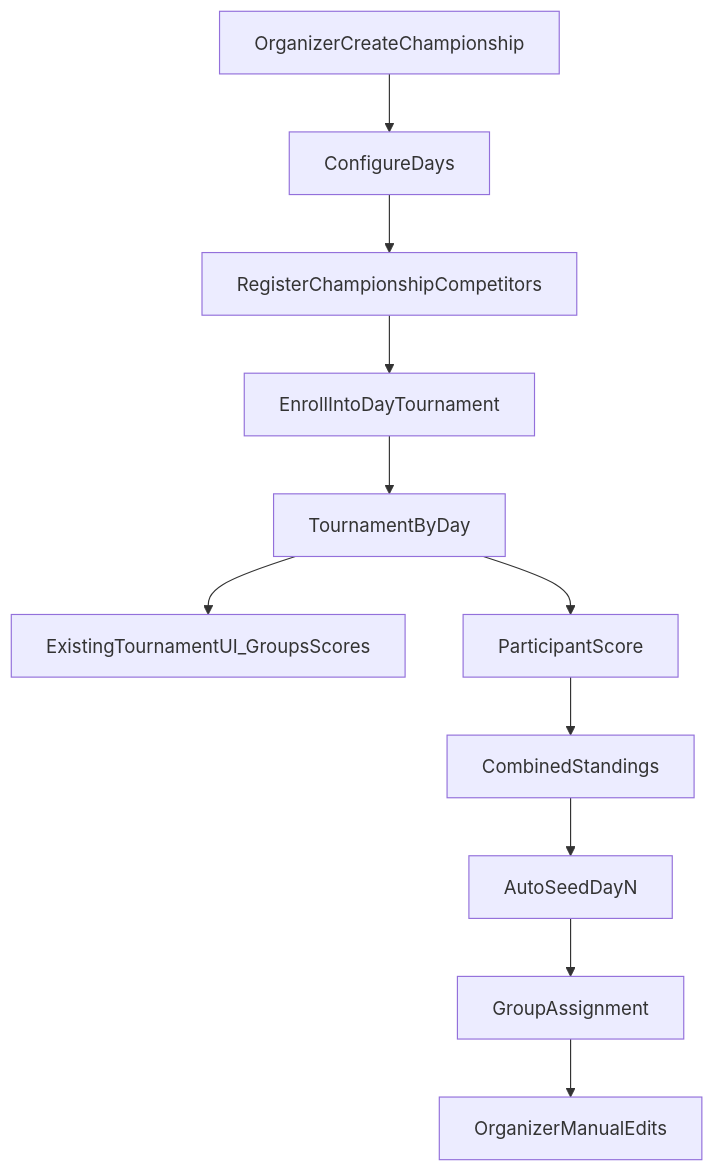
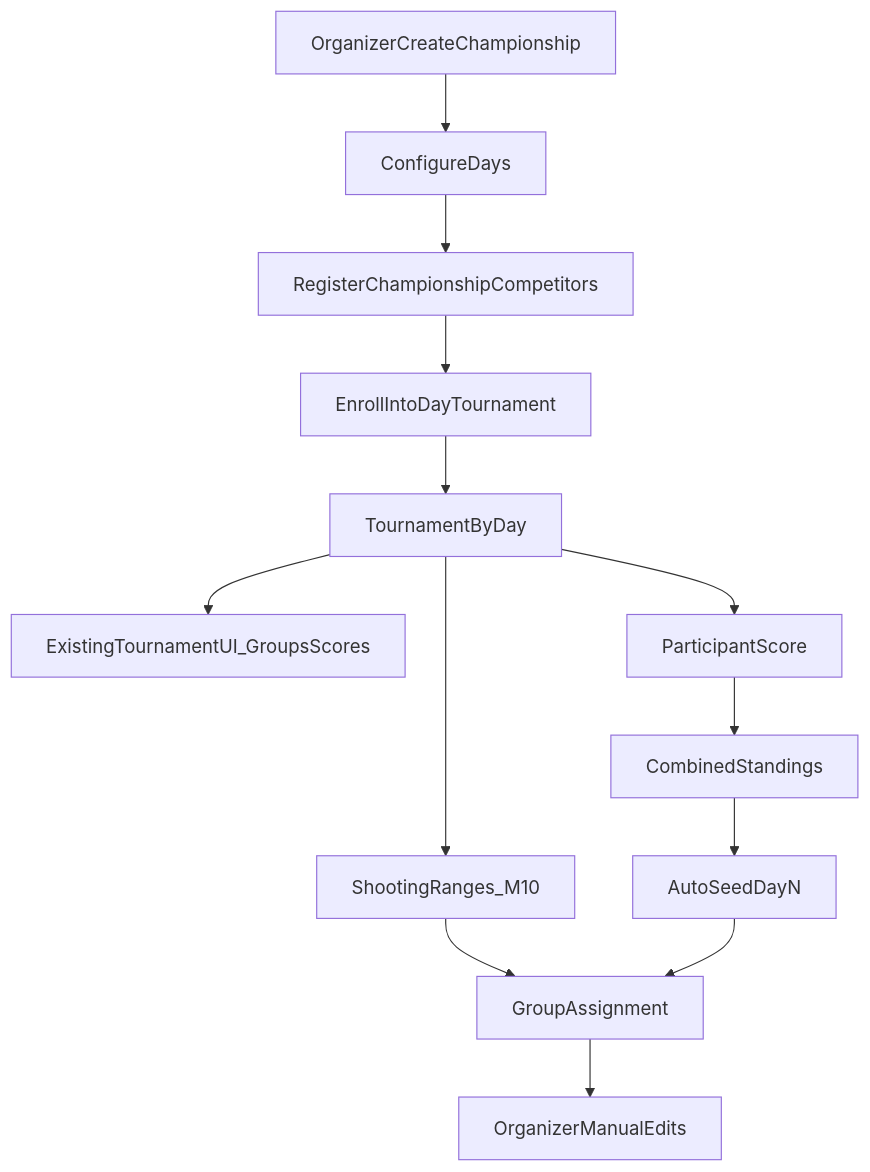
Before and after one commit to piotrberlowski/arc-comp: the diagram in docs/architecture/ADR-0001-championships-multi-day.md, drawn with Mermaid. The commit also changed other lines of this file, not shown here.

First line of the commit message:
Insert M10 shooting ranges milestone and renumber ADR plan.

````diff
--- a/docs/architecture/ADR-0001-championships-multi-day.md
+++ b/docs/architecture/ADR-0001-championships-multi-day.md
@@ -276,13 +305,15 @@
 ```mermaid
 flowchart TD
   create[OrganizerCreateChampionship] --> days[ConfigureDays]
   days --> roster[RegisterChampionshipCompetitors]
   roster --> enroll[EnrollIntoDayTournament]
   enroll --> dayTournament[TournamentByDay]
   dayTournament --> tournamentUI[ExistingTournamentUI_GroupsScores]
   dayTournament --> dayScores[ParticipantScore]
   dayScores --> combinedStandings[CombinedStandings]
   combinedStandings --> seedDayN[AutoSeedDayN]
-  seedDayN --> dayGroups[GroupAssignment]
+  dayTournament --> ranges[ShootingRanges_M10]
+  ranges --> dayGroups[GroupAssignment]
+  seedDayN --> dayGroups
   dayGroups --> manualEdits[OrganizerManualEdits]
 ```
````
